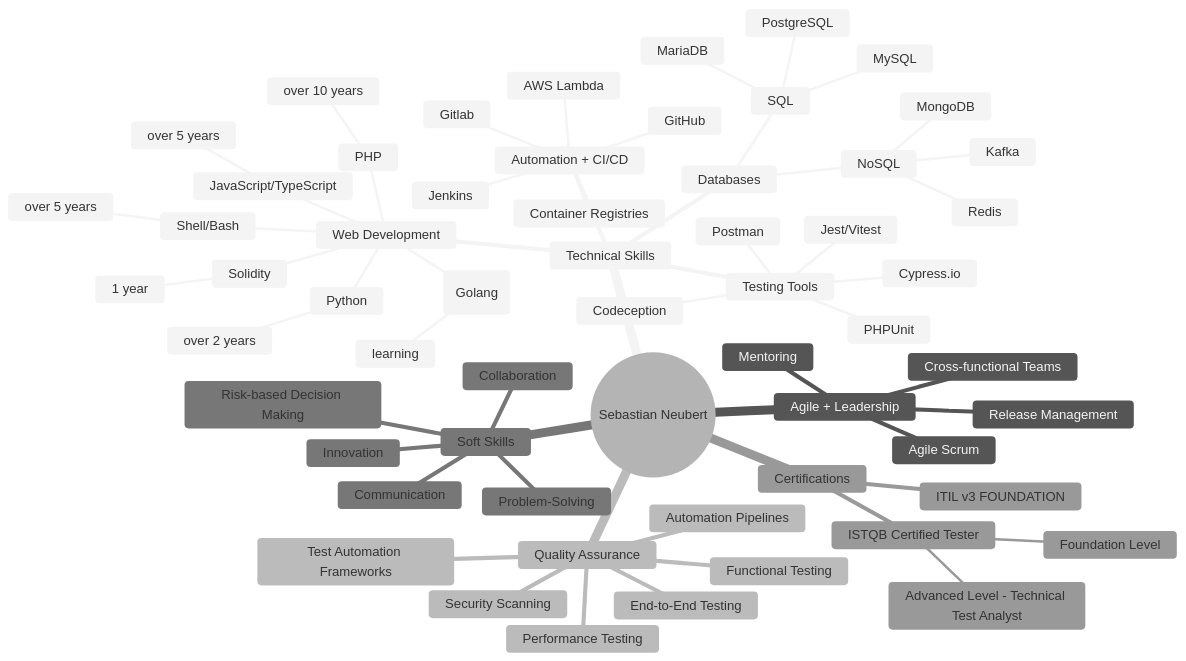
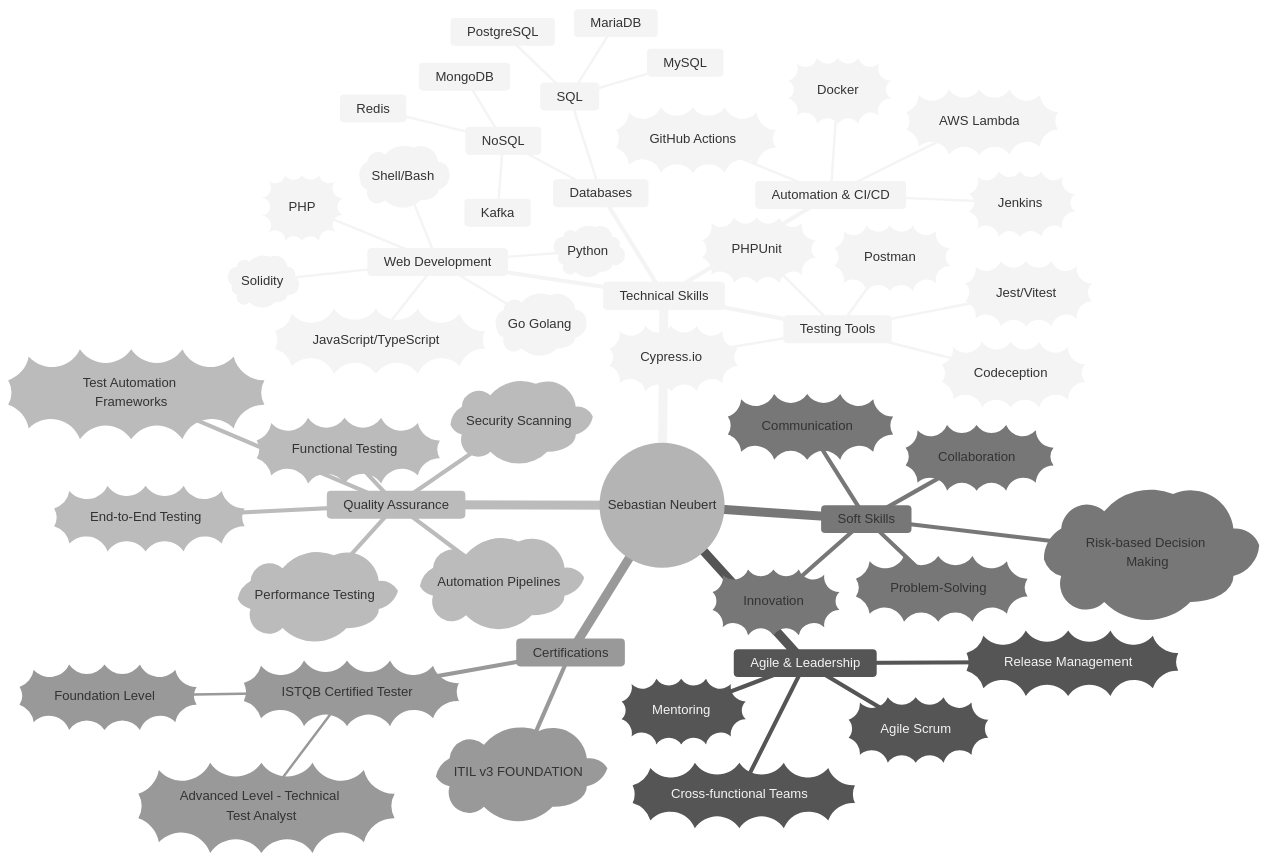
The diagram in README.md (sebastianneubert/sebastianneubert), drawn with Mermaid (neutral theme) before and after one commit. The commit also changed other lines of this file, not shown here.

````diff
--- a/README.md
+++ b/README.md
@@ -64,62 +7,55 @@
 ```mermaid
 mindmap
   root((Sebastian Neubert))
     Technical Skills
       Web Development
-        PHP
-          over 10 years
-        JavaScript/TypeScript
-          over 5 years
-        Python
-          over 2 years
-        Shell/Bash
-          over 5 years
-        Solidity
-          1 year
-        Go (Golang)
-          learning
+        id1))PHP(( 
+        id2))JavaScript/TypeScript(( 
+        id3)Python(
+        id4)Shell/Bash(
+        id5)Solidity(
+        id6)Go Golang(
       Testing Tools
-        Cypress.io
-        Codeception
-        PHPUnit
-        Jest/Vitest
-        Postman
-      Automation + CI/CD
-        Gitlab
-        Jenkins
-        Container Registries
-        AWS Lambda
-        GitHub
+        id7))Cypress.io(( 
+        id8))Codeception((
+        id9))PHPUnit((
+        id10))Jest/Vitest((
+        id11))Postman((
+      Automation & CI/CD
+        id12))Jenkins((
+        id13))Docker((
+        id14))AWS Lambda((
+        id15))GitHub Actions((
       Databases
         SQL
           MySQL
           MariaDB
           PostgreSQL
         NoSQL
           MongoDB
           Redis
           Kafka
-    Agile + Leadership
-      Agile Scrum
-      Cross-functional Teams
-      Mentoring
-      Release Management
+    Agile & Leadership
+      id21))Agile Scrum((
+      id22))Cross-functional Teams((
+      id23))Mentoring((
+      id24))Release Management((
     Quality Assurance
-      End-to-End Testing
-      Functional Testing
-      Performance Testing
-      Security Scanning
-      Automation Pipelines
-      Test Automation Frameworks
+      id25))End-to-End Testing((
+      id26))Functional Testing((
+      id27)Performance Testing(
+      id28)Security Scanning(
+      id29)Automation Pipelines(
+      id30))Test Automation Frameworks((
     Soft Skills
-      Collaboration
-      Problem-Solving
-      Communication
-      Innovation
-      Risk-based Decision Making
+      id31))Collaboration((
+      id32))Problem-Solving((
+      id33))Communication((
+      id34))Innovation((
+      id35)Risk-based Decision Making(
     Certifications
-      ISTQB Certified Tester
-        Foundation Level
-        Advanced Level - Technical Test Analyst
-      ITIL v3 FOUNDATION
+      id36))ISTQB Certified Tester(
+        id37))Foundation Level((
+        id38))Advanced Level - Technical Test Analyst((
+      id39)ITIL v3 FOUNDATION(
 ```
````
